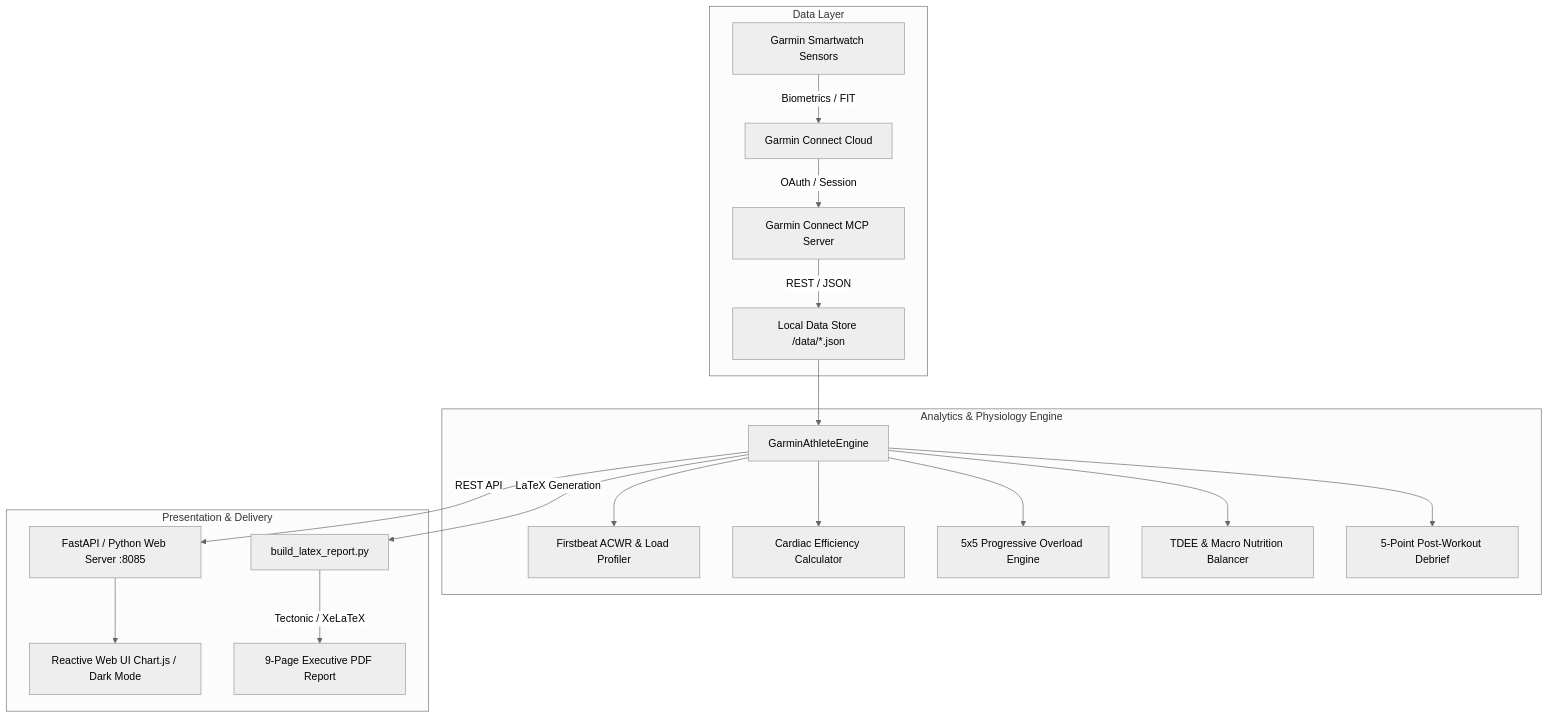
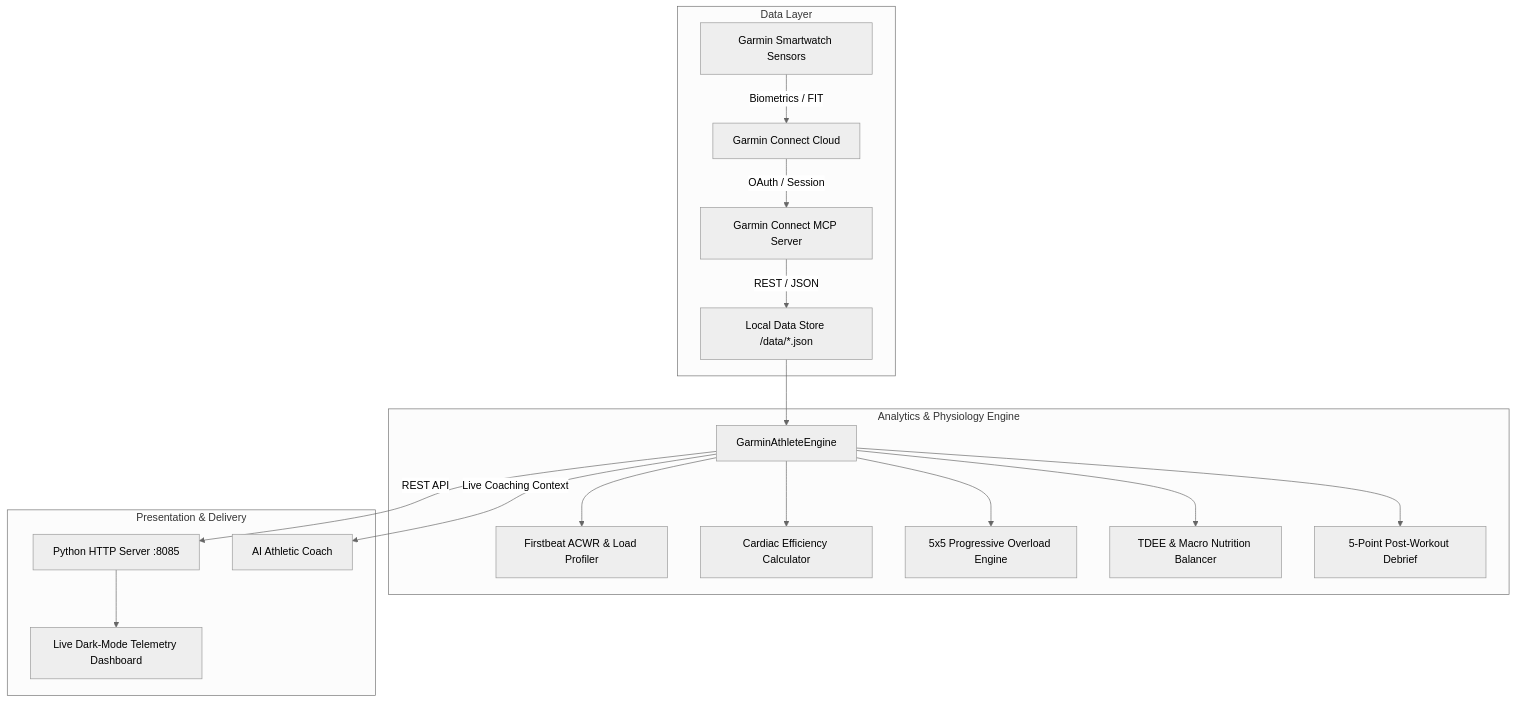
Before and after one commit to yigitsarpavci/garmin-athlete-analytics-platform: the diagram in README.md, drawn with Mermaid (neutral theme). The commit also changed other lines of this file and 27 other files, not shown here.

Commit message:
Refactor to full dark UI, dynamic Garmin telemetry, adaptive weekly carryover, and modular backend/frontend

````diff
--- a/README.md
+++ b/README.md
@@ -78,24 +75,23 @@
 ```mermaid
 flowchart TD
     subgraph Data Layer
         A[Garmin Smartwatch Sensors] -->|Biometrics / FIT| B[Garmin Connect Cloud]
         B -->|OAuth / Session| C[Garmin Connect MCP Server]
         C -->|REST / JSON| D[Local Data Store /data/*.json]
     end
 
     subgraph Analytics & Physiology Engine
         D --> E[GarminAthleteEngine]
         E --> F[Firstbeat ACWR & Load Profiler]
         E --> G[Cardiac Efficiency Calculator]
         E --> H[5x5 Progressive Overload Engine]
         E --> I[TDEE & Macro Nutrition Balancer]
         E --> J[5-Point Post-Workout Debrief]
     end
 
     subgraph Presentation & Delivery
-        E -->|REST API| K[FastAPI / Python Web Server :8085]
-        K --> L[Reactive Web UI Chart.js / Dark Mode]
-        E -->|LaTeX Generation| M[build_latex_report.py]
-        M -->|Tectonic / XeLaTeX| N[9-Page Executive PDF Report]
+        E -->|REST API| K[Python HTTP Server :8085]
+        K --> L[Live Dark-Mode Telemetry Dashboard]
+        E -->|Live Coaching Context| M[AI Athletic Coach]
     end
 ```
````
